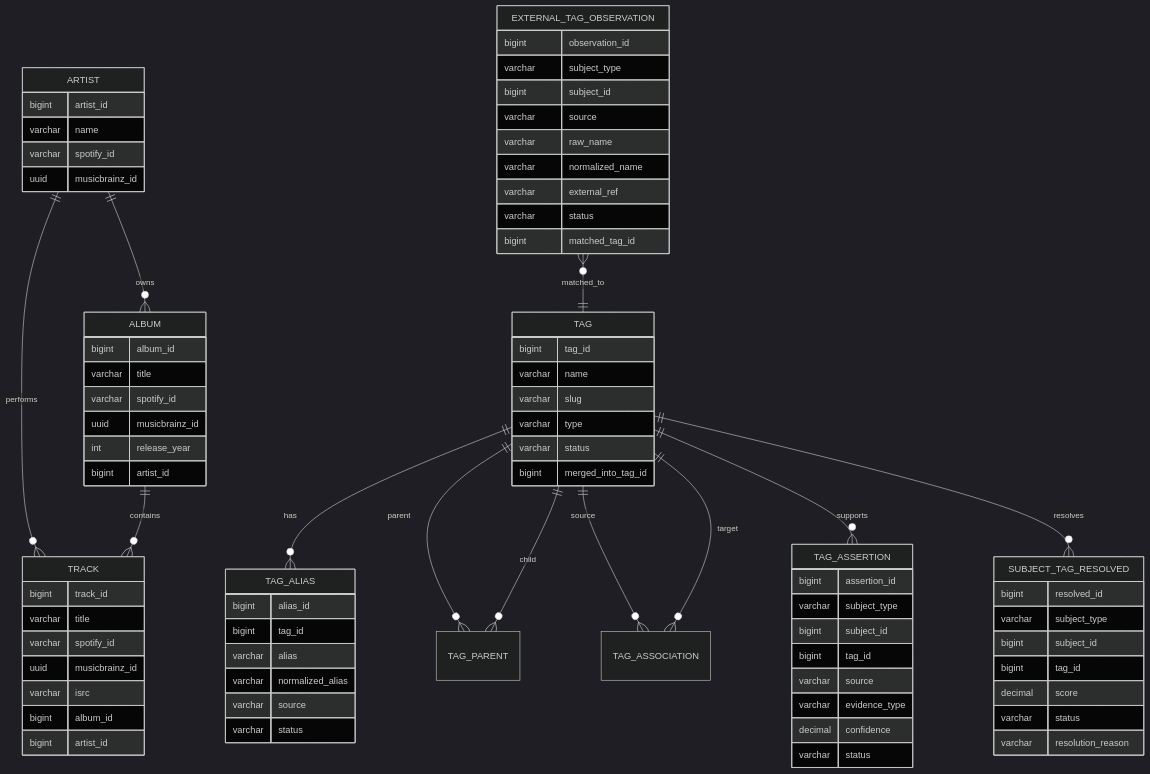
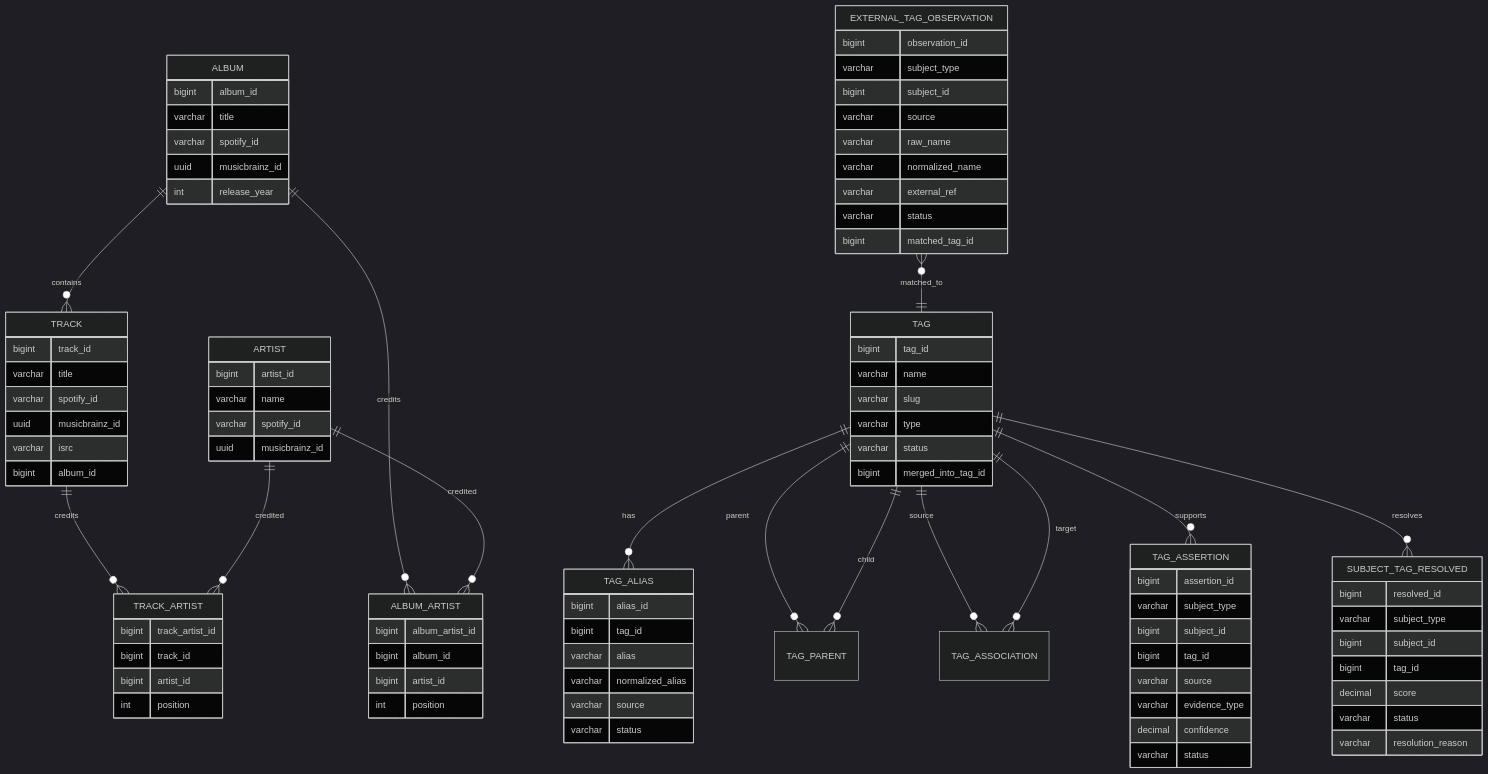
The third of 3 diagrams in agents/server/server_tag_feature_architecture.md (quietwave00/tag-your-story), drawn with Mermaid (dark theme) before and after one commit. The commit also changed other lines of this file and 45 other files, not shown here.

````diff
--- a/agents/server/server_tag_feature_architecture.md
+++ b/agents/server/server_tag_feature_architecture.md
@@ -2615,9 +2631,11 @@
 ```mermaid
 erDiagram
 
-    ARTIST ||--o{ ALBUM : owns
-    ARTIST ||--o{ TRACK : performs
     ALBUM ||--o{ TRACK : contains
+    ALBUM ||--o{ ALBUM_ARTIST : credits
+    ARTIST ||--o{ ALBUM_ARTIST : credited
+    TRACK ||--o{ TRACK_ARTIST : credits
+    ARTIST ||--o{ TRACK_ARTIST : credited
 
     TAG ||--o{ TAG_ALIAS : has
 
@@ -2645,7 +2663,6 @@
         varchar spotify_id
         uuid musicbrainz_id
         int release_year
-        bigint artist_id
     }
 
     TRACK {
@@ -2655,7 +2672,20 @@
         uuid musicbrainz_id
         varchar isrc
         bigint album_id
+    }
+
+    ALBUM_ARTIST {
+        bigint album_artist_id
+        bigint album_id
         bigint artist_id
+        int position
+    }
+
+    TRACK_ARTIST {
+        bigint track_artist_id
+        bigint track_id
+        bigint artist_id
+        int position
     }
 
     TAG {
````
